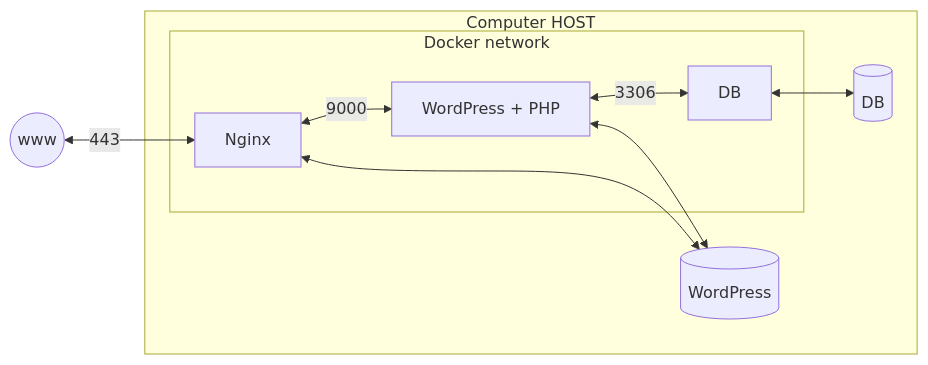
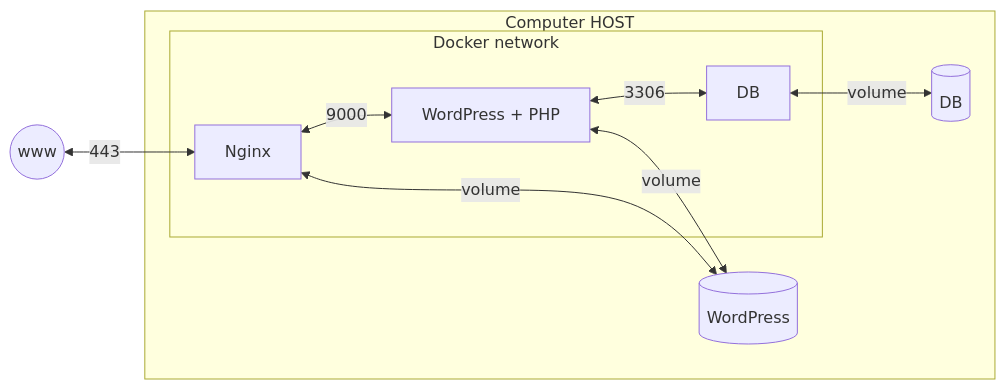
Before and after one commit to osorosia/inception: the diagram in README.md, drawn with Mermaid.

````diff
--- a/README.md
+++ b/README.md
@@ -12,22 +12,22 @@
 ```mermaid
 flowchart LR
   www(("www"))
   %% container
   c_wp["WordPress + PHP"]
   c_nginx["Nginx"]
   c_db["DB"]
   %% volume
   v_db[("DB")]
   v_wp[("WordPress")]
 
   www <-->|443| c_nginx
   subgraph Computer HOST
     subgraph Docker network
       c_nginx <-->|9000| c_wp
       c_wp <-->|3306| c_db
     end
-    c_nginx <--> v_wp
-    c_wp <--> v_wp
-    c_db <--> v_db
+    c_nginx <-->|volume| v_wp
+    c_wp <-->|volume| v_wp
+    c_db <-->|volume| v_db
   end
 ```
````
